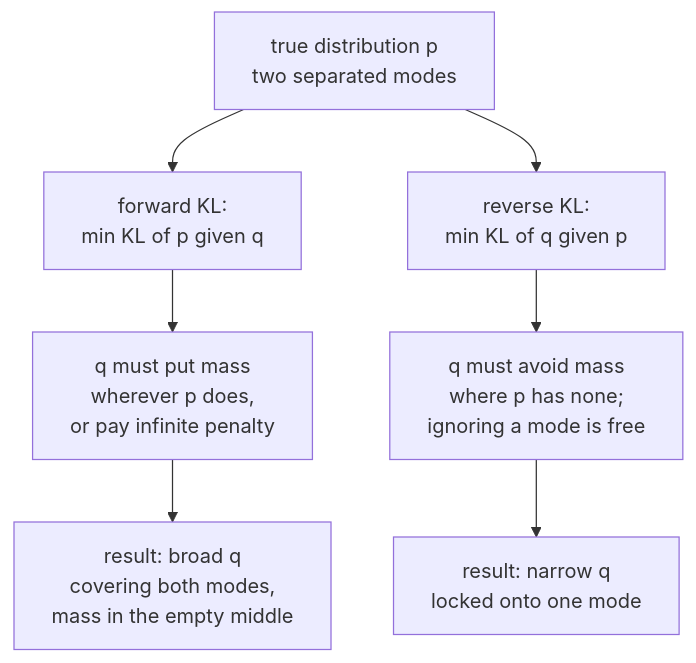
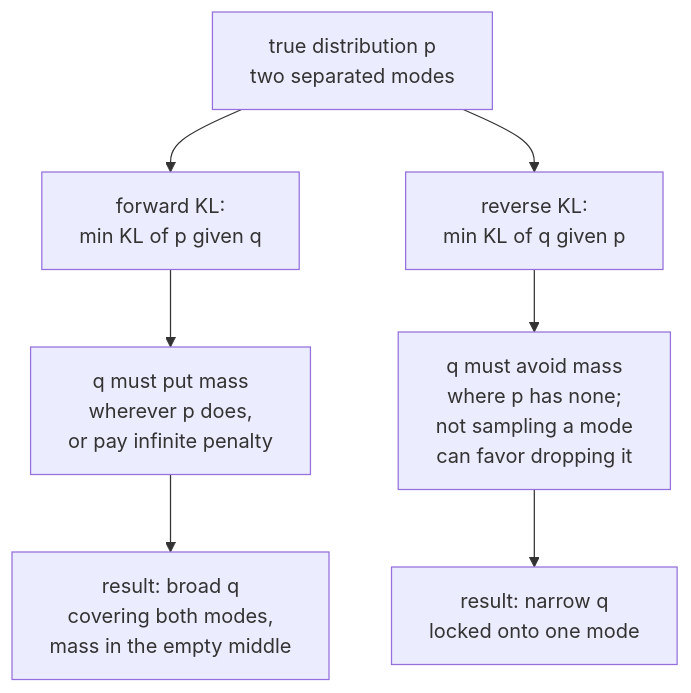
One commit to alliedbrother/ml-interview-notes changed the first of 2 diagrams in content/notes/math/information-theory.md. Above: the diagram before and after it, drawn with Mermaid. The commit also changed other lines of this file and 217 other files, not shown here.

````diff
--- a/content/notes/math/information-theory.md
+++ b/content/notes/math/information-theory.md
@@ -158,9 +158,9 @@
 ```mermaid
 flowchart TD
     P["true distribution p<br/>two separated modes"] --> F["forward KL:<br/>min KL of p given q"]
     P --> R["reverse KL:<br/>min KL of q given p"]
     F --> FR["q must put mass<br/>wherever p does,<br/>or pay infinite penalty"]
-    R --> RR["q must avoid mass<br/>where p has none;<br/>ignoring a mode is free"]
+    R --> RR["q must avoid mass<br/>where p has none;<br/>not sampling a mode<br/>can favor dropping it"]
     FR --> FO["result: broad q<br/>covering both modes,<br/>mass in the empty middle"]
     RR --> RO["result: narrow q<br/>locked onto one mode"]
 ```
````
